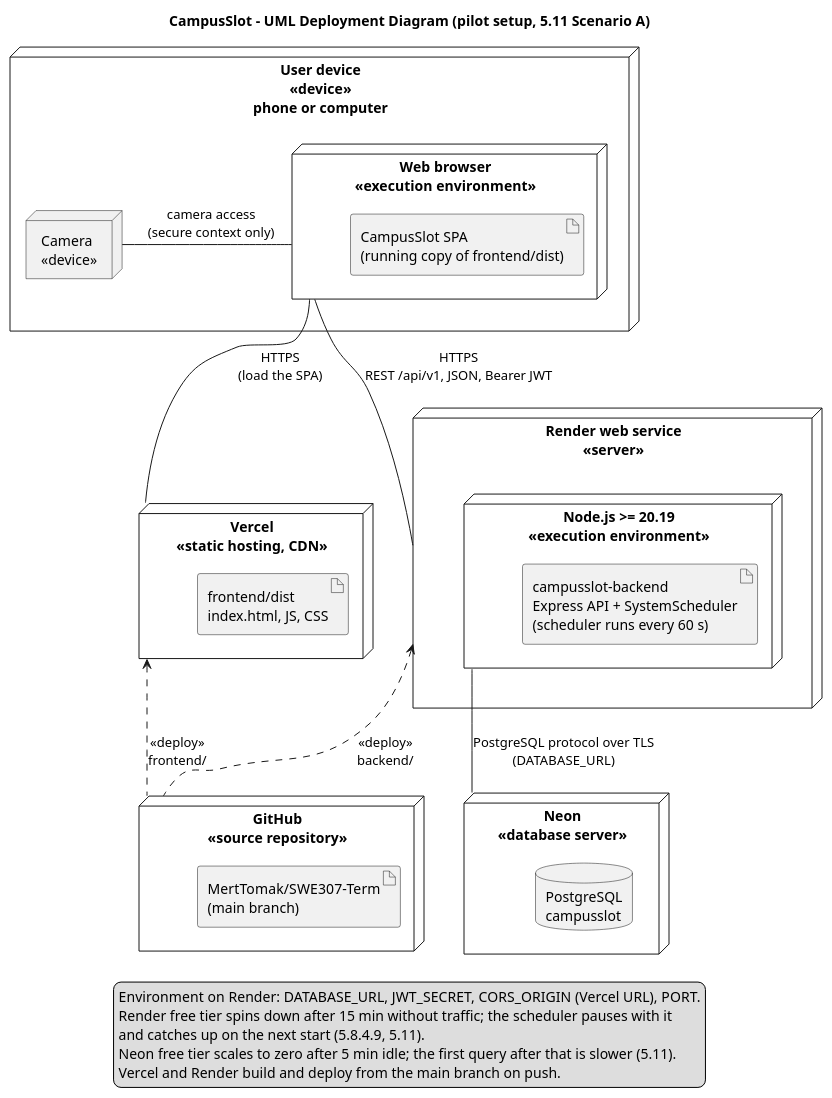
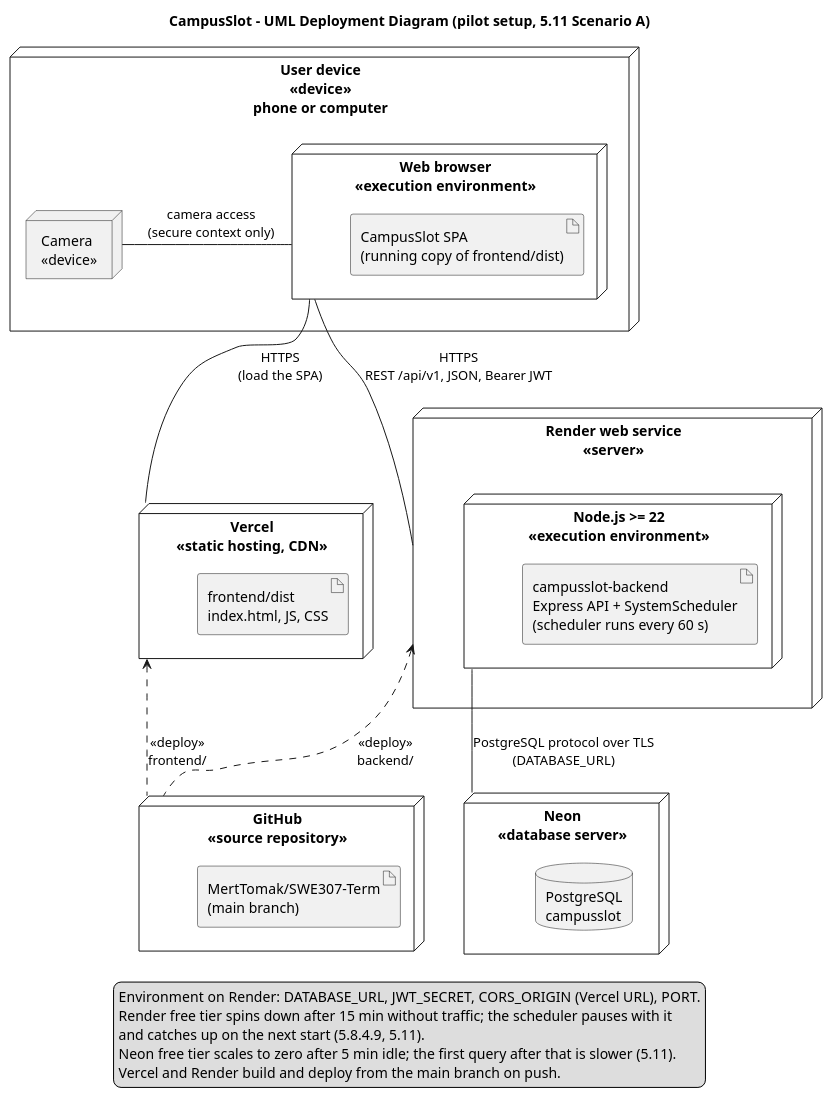
The diagram in docs/diagrams/5.7_deployment-diagram_Batuhan.puml (MertTomak/SWE307-Term), drawn with PlantUML before and after one commit. The commit also changed 6 other files, not shown here.

```diff
--- a/docs/diagrams/5.7_deployment-diagram_Batuhan.puml
+++ b/docs/diagrams/5.7_deployment-diagram_Batuhan.puml
@@ -1,49 +1,49 @@
 @startuml 5.7_deployment-diagram_Batuhan
 ' 5.7 UML Deployment diagram - CampusSlot (pilot / demo setup = 5.11 Scenario A)
 ' Owner: Batuhan (System Architect). Text: docs/report/5.7_component-deployment_Batuhan.md
 ' Render: java -jar plantuml.jar -Playout=smetana -tpng <this file>
 title CampusSlot - UML Deployment Diagram (pilot setup, 5.11 Scenario A)
 skinparam shadowing false
 skinparam nodesep 50
 skinparam ranksep 60
 
 node "User device\n<<device>>\nphone or computer" as Device {
   node "Web browser\n<<execution environment>>" as Browser {
     artifact "CampusSlot SPA\n(running copy of frontend/dist)" as SpaRun
   }
   node "Camera\n<<device>>" as Camera
 }
 
 node "Vercel\n<<static hosting, CDN>>" as Vercel {
   artifact "frontend/dist\nindex.html, JS, CSS" as Dist
 }
 
 node "Render web service\n<<server>>" as Render {
-  node "Node.js >= 20.19\n<<execution environment>>" as NodeEnv {
+  node "Node.js >= 22\n<<execution environment>>" as NodeEnv {
     artifact "campusslot-backend\nExpress API + SystemScheduler\n(scheduler runs every 60 s)" as BackendArt
   }
 }
 
 node "Neon\n<<database server>>" as Neon {
   database "PostgreSQL\ncampusslot" as PG
 }
 
 node "GitHub\n<<source repository>>" as GitHub {
   artifact "MertTomak/SWE307-Term\n(main branch)" as Repo
 }
 
 Browser -right- Camera : camera access\n(secure context only)
 Browser -down- Vercel : HTTPS\n(load the SPA)
 Browser -down- Render : HTTPS\nREST /api/v1, JSON, Bearer JWT
 NodeEnv -down- Neon : PostgreSQL protocol over TLS\n(DATABASE_URL)
 GitHub .up.> Vercel : <<deploy>>\nfrontend/
 GitHub .up.> Render : <<deploy>>\nbackend/
 
 legend bottom
   Environment on Render: DATABASE_URL, JWT_SECRET, CORS_ORIGIN (Vercel URL), PORT.
   Render free tier spins down after 15 min without traffic; the scheduler pauses with it
   and catches up on the next start (5.8.4.9, 5.11).
   Neon free tier scales to zero after 5 min idle; the first query after that is slower (5.11).
   Vercel and Render build and deploy from the main branch on push.
 endlegend
 @enduml
```
